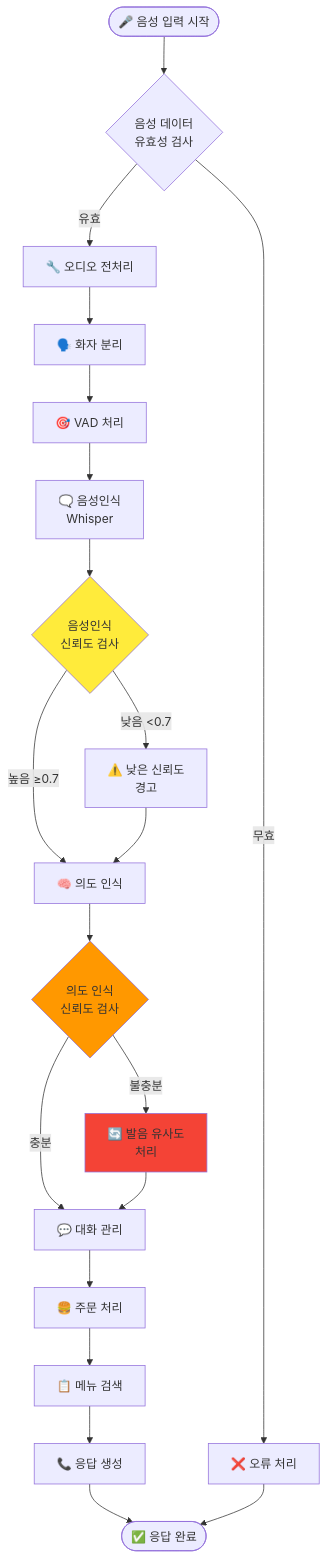
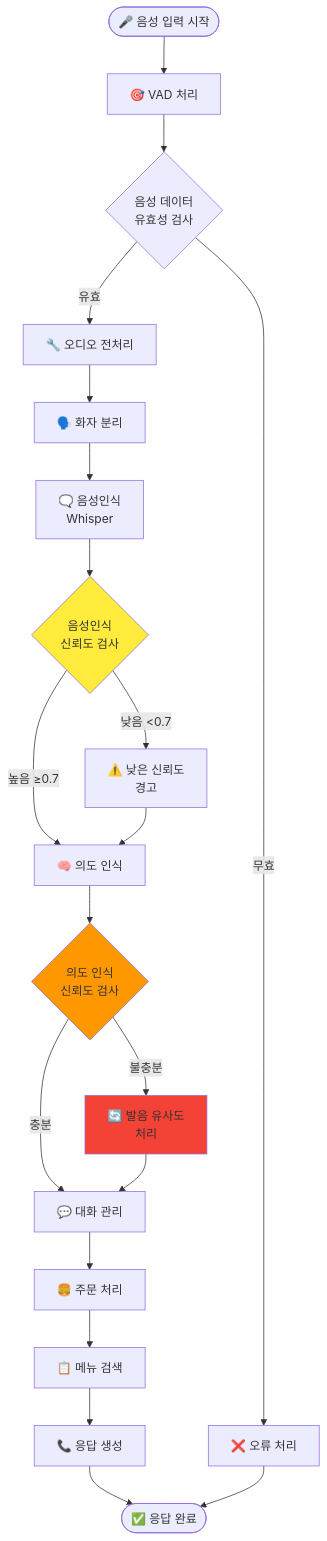
The second of 12 diagrams in voice_kiosk_pipeline_algorithms.md (melpes/kiosk), drawn with Mermaid before and after one commit. The commit also changed other lines of this file, not shown here.

````diff
--- a/voice_kiosk_pipeline_algorithms.md
+++ b/voice_kiosk_pipeline_algorithms.md
@@ -70,33 +71,33 @@
 ```mermaid
 flowchart TD
-    Start([🎤 음성 입력 시작]) --> AudioCheck{음성 데이터<br/>유효성 검사}
+    Start([🎤 음성 입력 시작]) --> VAD[🎯 VAD 처리]
+    VAD --> AudioCheck{음성 데이터<br/>유효성 검사}
     
     AudioCheck -->|유효| PreProcess[🔧 오디오 전처리]
     AudioCheck -->|무효| ErrorHandle[❌ 오류 처리]
     
     PreProcess --> SpeakerSep[🗣️ 화자 분리]
-    SpeakerSep --> VAD[🎯 VAD 처리]
-    VAD --> STT[🗨️ 음성인식<br/>Whisper]
+    SpeakerSep --> STT[🗨️ 음성인식<br/>Whisper]
     
     STT --> ConfidenceCheck{음성인식<br/>신뢰도 검사}
     ConfidenceCheck -->|높음 ≥0.7| Intent[🧠 의도 인식]
     ConfidenceCheck -->|낮음 <0.7| LowConfidence[⚠️ 낮은 신뢰도<br/>경고]
     
     LowConfidence --> Intent
     Intent --> IntentCheck{의도 인식<br/>신뢰도 검사}
     
     IntentCheck -->|충분| Dialogue[💬 대화 관리]
     IntentCheck -->|불충분| Fallback[🔄 발음 유사도<br/>처리]
     
     Fallback --> Dialogue
     Dialogue --> Order[🍔 주문 처리]
     Order --> Menu[📋 메뉴 검색]
     Menu --> Response[📞 응답 생성]
     Response --> End([✅ 응답 완료])
     
     ErrorHandle --> End
     
     style ConfidenceCheck fill:#ffeb3b
     style IntentCheck fill:#ff9800
     style Fallback fill:#f44336
 ```
````
